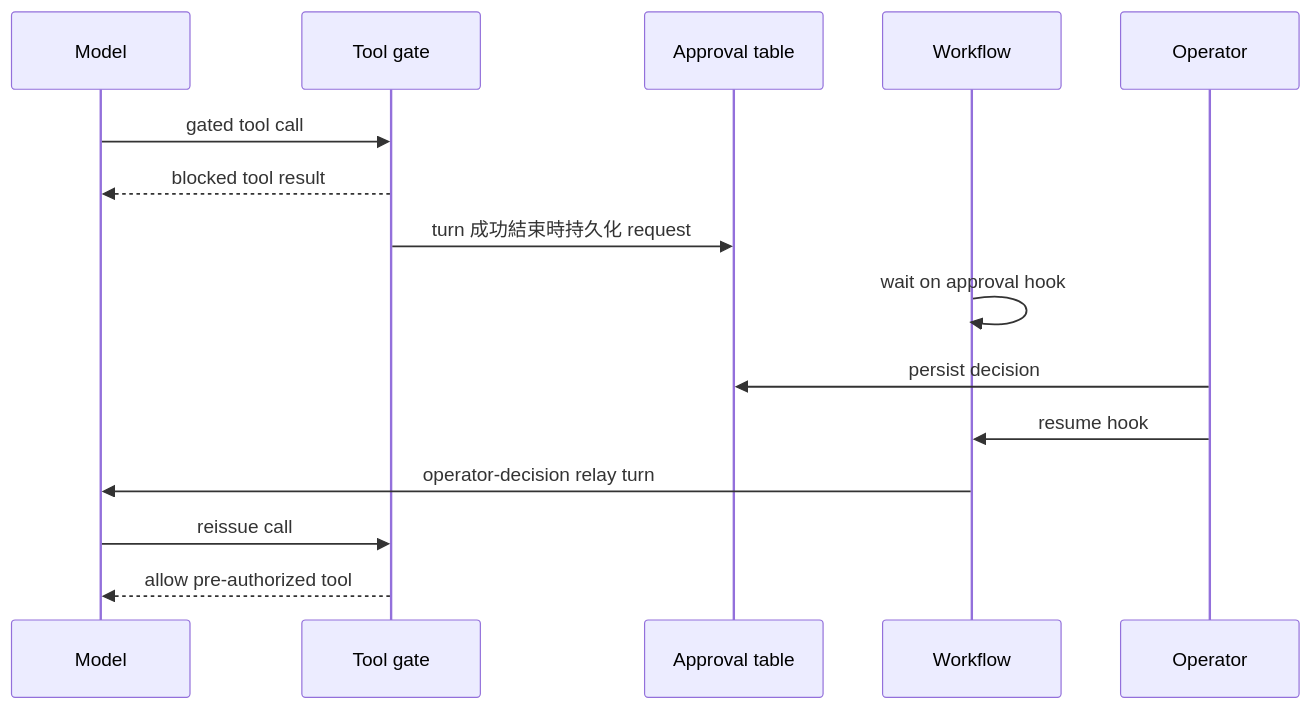
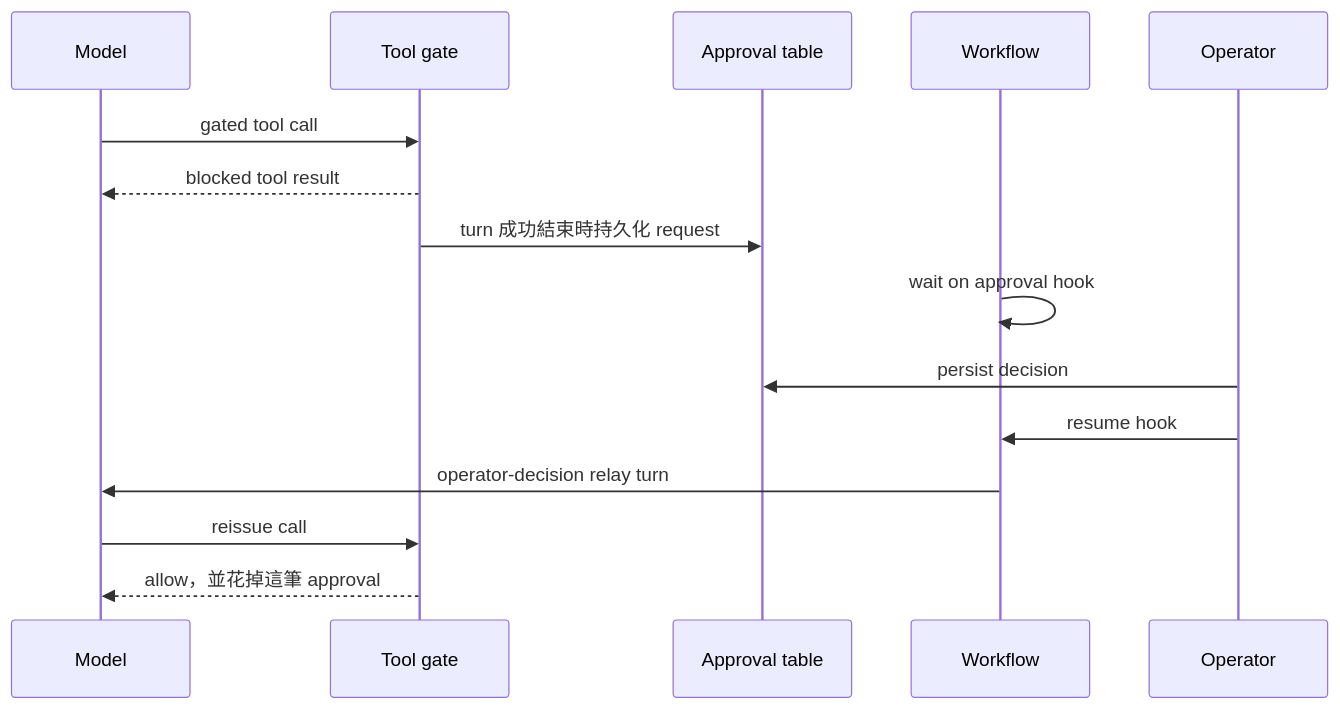
One commit to Chia1104/chia1104.dev changed the third of 3 diagrams in docs/agent-architecture.zh.md. Above: the diagram before and after it, drawn with Mermaid. The commit also changed other lines of this file and 32 other files, not shown here.

````diff
--- a/docs/agent-architecture.zh.md
+++ b/docs/agent-architecture.zh.md
@@ -185,18 +187,18 @@
 ```mermaid
 sequenceDiagram
     participant M as Model
     participant G as Tool gate
     participant DB as Approval table
     participant WF as Workflow
     participant U as Operator
 
     M->>G: gated tool call
     G-->>M: blocked tool result
     G->>DB: turn 成功結束時持久化 request
     WF->>WF: wait on approval hook
     U->>DB: persist decision
     U->>WF: resume hook
     WF->>M: operator-decision relay turn
     M->>G: reissue call
-    G-->>M: allow pre-authorized tool
+    G-->>M: allow，並花掉這筆 approval
 ```
````
